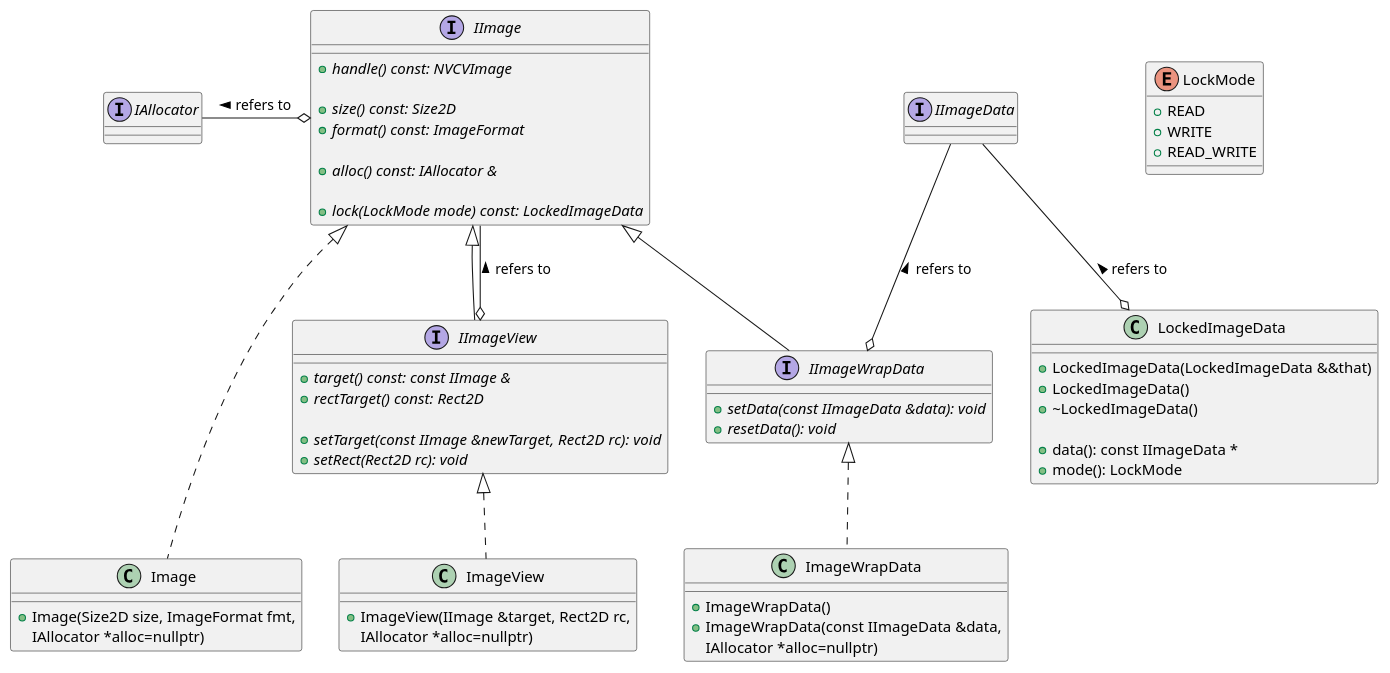
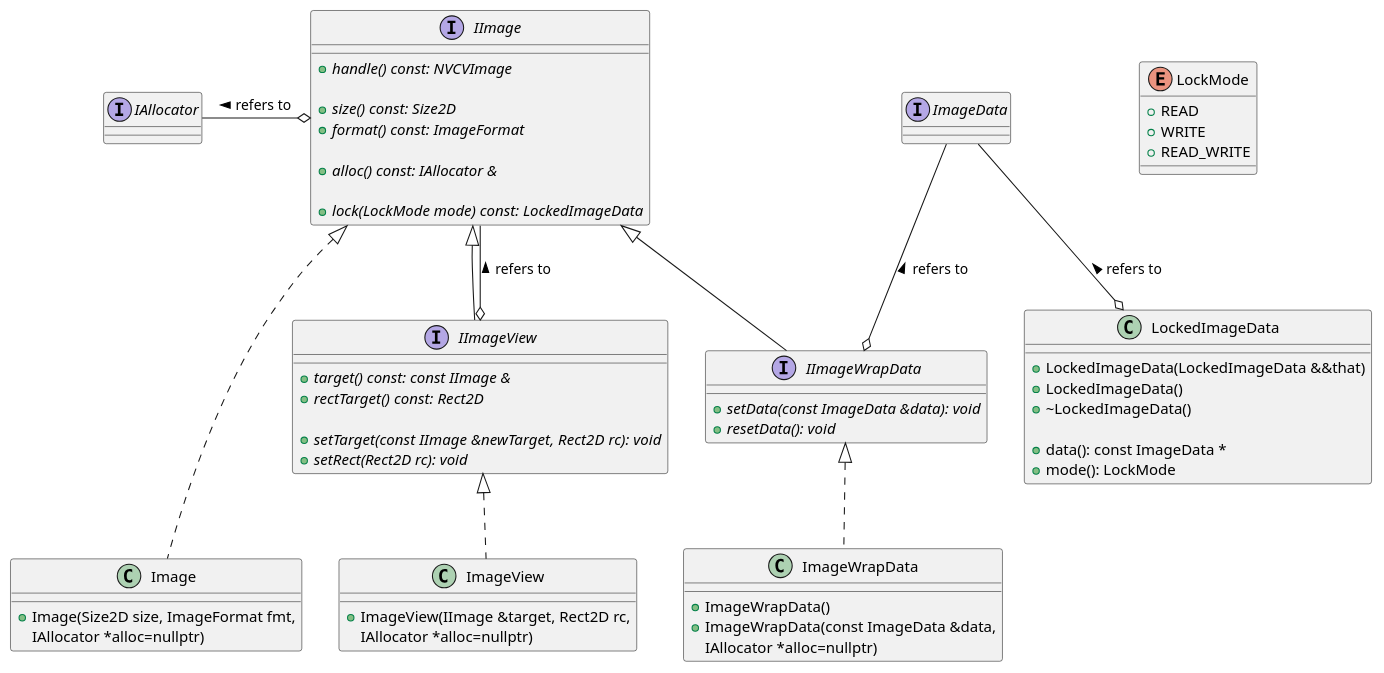
One commit to JanuszL/CV-CUDA changed the diagram in docs/design/image_future_classes.puml. Above: the diagram before and after it, drawn with PlantUML. The commit also changed other lines of this file and 50 other files, not shown here.

Commit message:
Remove IImageData. Use ImageData by value.

```diff
--- a/docs/design/image_future_classes.puml
+++ b/docs/design/image_future_classes.puml
@@ -13,86 +13,86 @@
 @startuml
 
 interface IAllocator
 
-interface IImageData
+interface ImageData
 
 enum LockMode
 {
     + READ
     + WRITE
     + READ_WRITE
 }
 
 class LockedImageData
 {
     + LockedImageData(LockedImageData &&that)
     + LockedImageData()
     + ~LockedImageData()
 
-    + data(): const IImageData *
+    + data(): const ImageData *
     + mode(): LockMode
 }
 
 LockMode -[hidden]- LockedImageData
 
 interface IImage
 {
     + {abstract} handle() const: NVCVImage
 
     + {abstract} size() const: Size2D
     + {abstract} format() const: ImageFormat
 
     + {abstract} alloc() const: IAllocator &
 
     + {abstract} lock(LockMode mode) const: LockedImageData
 }
 
-IImageData --o LockedImageData: refers to <
+ImageData --o LockedImageData: refers to <
 
 IAllocator -right-o IImage: refers to <
 
 interface IImageWrapData extends IImage
 {
-    + {abstract} setData(const IImageData &data): void
+    + {abstract} setData(const ImageData &data): void
     + {abstract} resetData(): void
 }
 
-IImageData -down-o IImageWrapData: refers to <
+ImageData -down-o IImageWrapData: refers to <
 
 interface IImageView
 {
     + {abstract} target() const: const IImage &
     + {abstract} rectTarget() const: Rect2D
 
     + {abstract} setTarget(const IImage &newTarget, Rect2D rc): void
     + {abstract} setRect(Rect2D rc): void
 }
 IImage <|-down- IImageView
 IImage --o IImageView: refers to <
 
 IImageView -[hidden]right- ImageWrapData
 
 together {
 
 class Image implements IImage
 {
     + Image(Size2D size, ImageFormat fmt,
             IAllocator *alloc=nullptr)
 }
 
 class ImageView implements IImageView
 {
     + ImageView(IImage &target, Rect2D rc,
                 IAllocator *alloc=nullptr)
 }
 
 class ImageWrapData implements IImageWrapData
 {
     + ImageWrapData()
-    + ImageWrapData(const IImageData &data,
+    + ImageWrapData(const ImageData &data,
                     IAllocator *alloc=nullptr)
 }
 
 }
 
 @enduml
```
